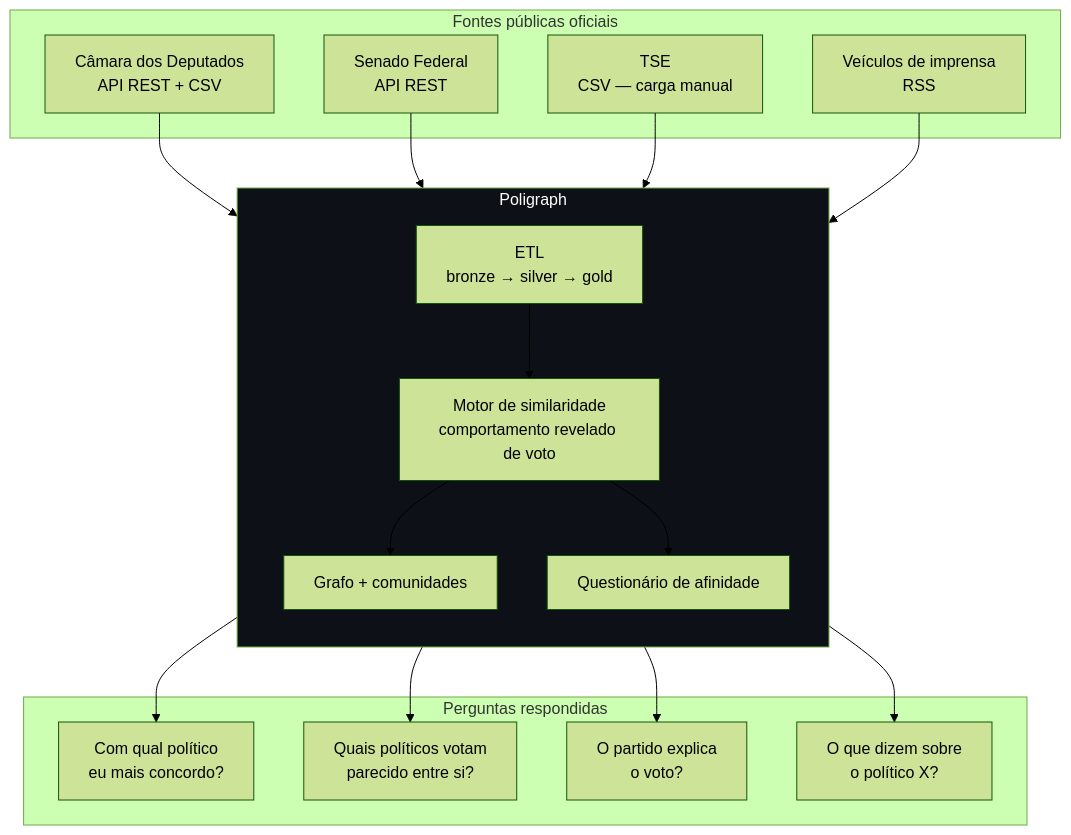
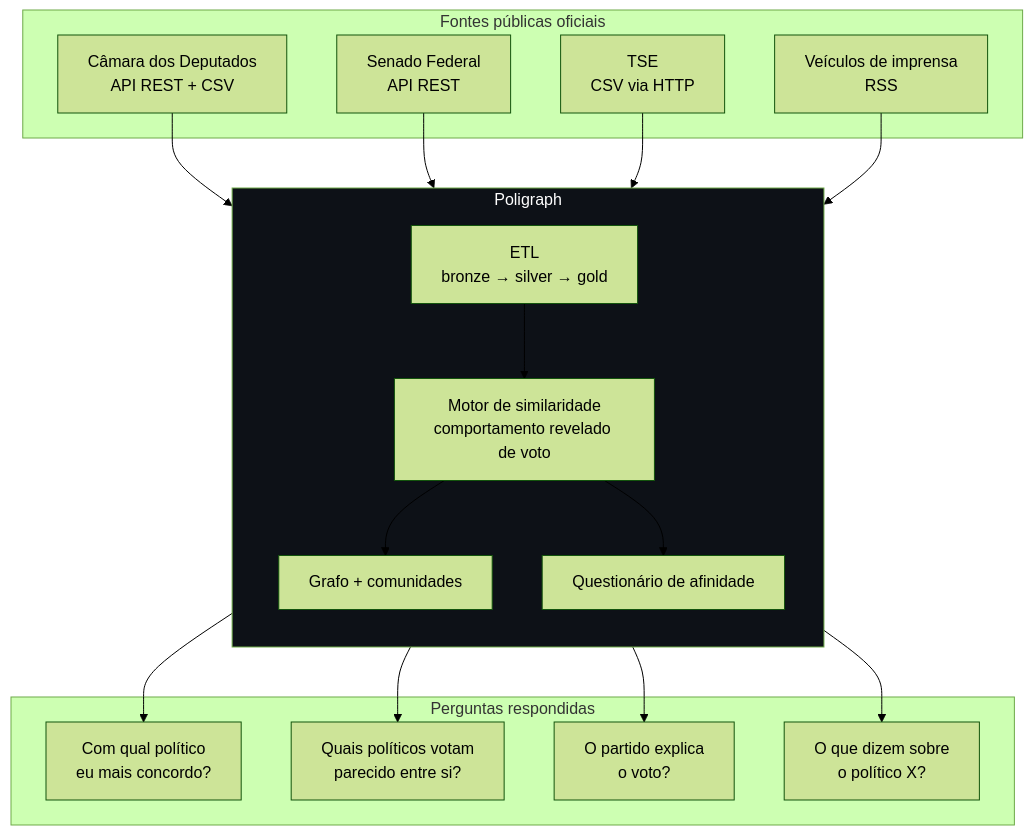
The first of 5 diagrams in docs/03-requisitos.md (IgorLucasAssuncao/poligraph), drawn with Mermaid (forest theme) before and after one commit. The commit also changed other lines of this file and 7 other files, not shown here.

````diff
--- a/docs/03-requisitos.md
+++ b/docs/03-requisitos.md
@@ -15,37 +15,37 @@
 ```mermaid
 flowchart TB
     subgraph FONTES["Fontes públicas oficiais"]
         F1["Câmara dos Deputados<br/>API REST + CSV"]
         F2["Senado Federal<br/>API REST"]
-        F3["TSE<br/>CSV — carga manual"]
+        F3["TSE<br/>CSV via HTTP"]
         F4["Veículos de imprensa<br/>RSS"]
     end
 
     subgraph POLI["Poligraph"]
         direction TB
         P1["ETL<br/>bronze → silver → gold"]
         P2["Motor de similaridade<br/>comportamento revelado de voto"]
         P3["Grafo + comunidades"]
         P4["Questionário de afinidade"]
         P1 --> P2 --> P3
         P2 --> P4
     end
 
     subgraph SAIDA["Perguntas respondidas"]
         S1["Com qual político<br/>eu mais concordo?"]
         S2["Quais políticos votam<br/>parecido entre si?"]
         S3["O partido explica<br/>o voto?"]
         S4["O que dizem sobre<br/>o político X?"]
     end
 
     F1 --> P1
     F2 --> P1
     F3 --> P1
     F4 --> P1
     P4 --> S1
     P3 --> S2
     P3 --> S3
     P1 --> S4
 
     style POLI fill:#0d1117,color:#fff
 ```
````
